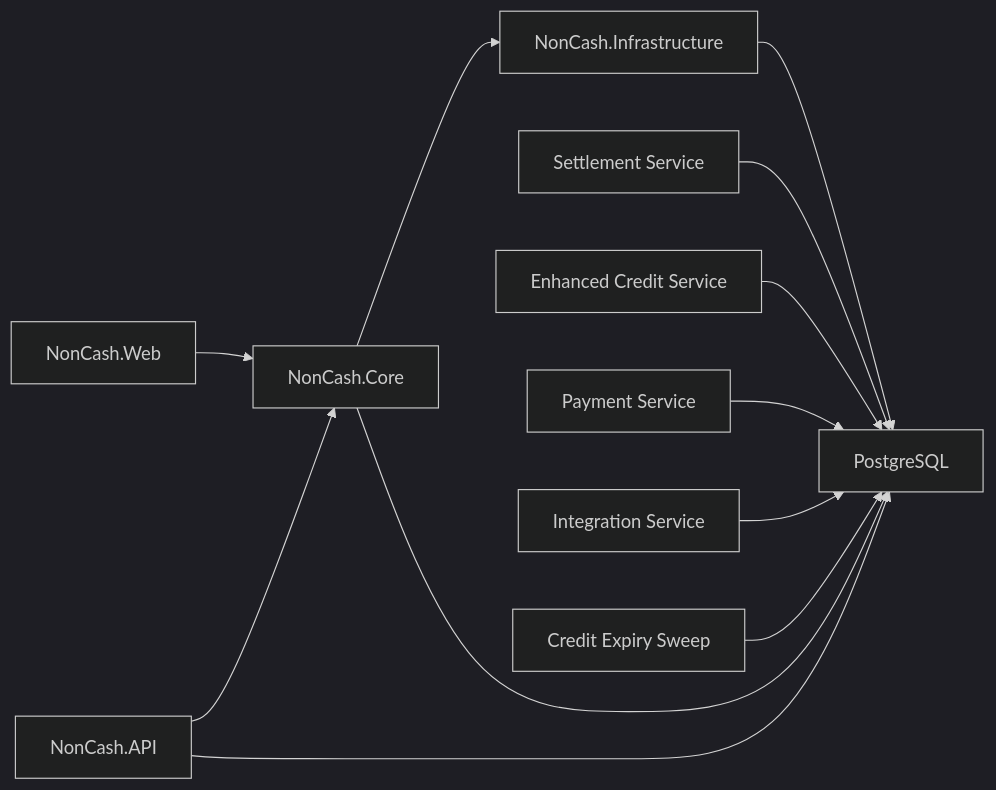
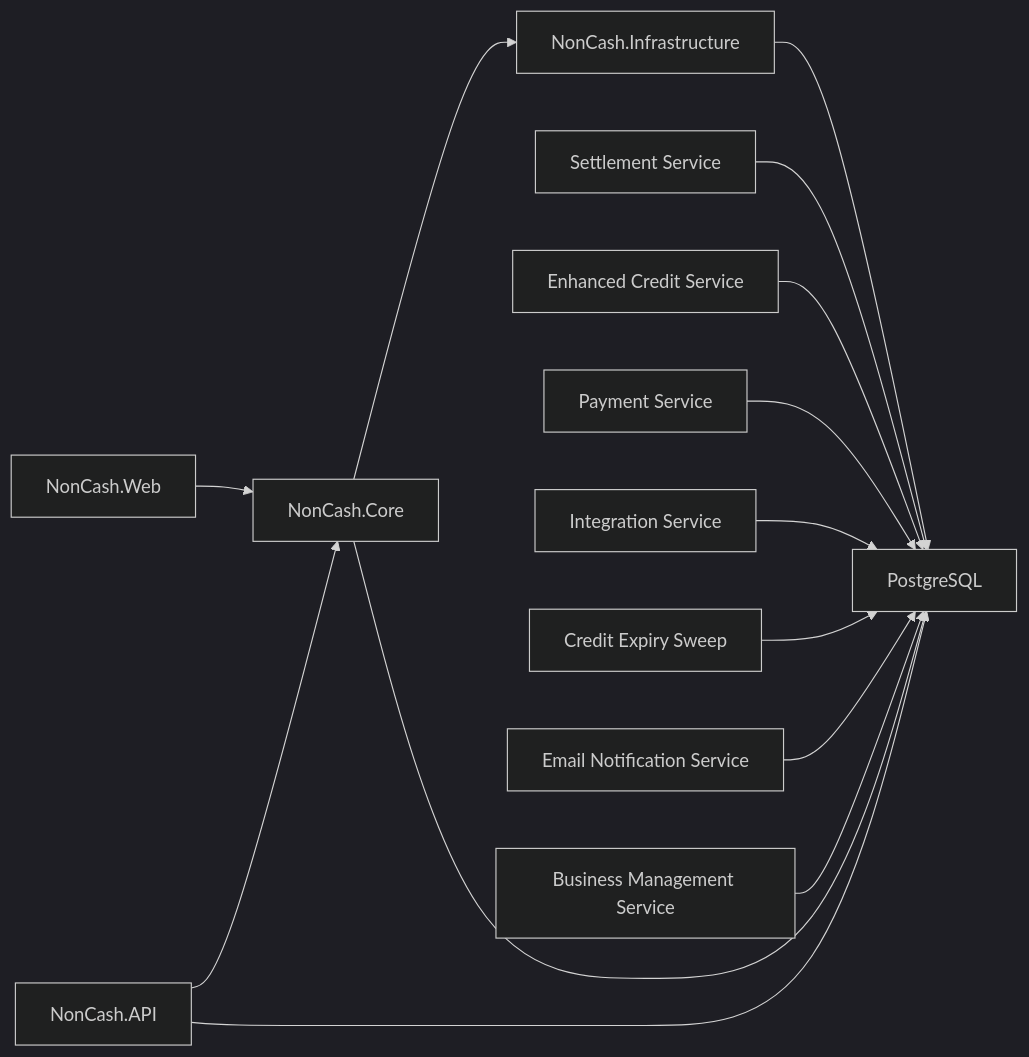
One commit to lamhongbac/NonCash changed diagram 23 of 23 in .qoder/repowiki/en/content/Business Logic and Workflows/Business Logic and Workflows.md. Above: the diagram before and after it, drawn with Mermaid (dark theme). The commit also changed other lines of this file and 36 other files, not shown here.

````diff
--- a/.qoder/repowiki/en/content/Business Logic and Workflows/Business Logic and Workflows.md
+++ b/.qoder/repowiki/en/content/Business Logic and Workflows/Business Logic and Workflows.md
@@ -887,14 +1014,16 @@
 ```mermaid
 graph LR
 Web["NonCash.Web"] --> Core["NonCash.Core"]
 API["NonCash.API"] --> Core
 Core --> Infra["NonCash.Infrastructure"]
 Infra --> DB["PostgreSQL"]
 API --> DB
 Core --> DB
 SETTLEMENT["Settlement Service"] --> DB
 CREDIT["Enhanced Credit Service"] --> DB
 PAYMENT["Payment Service"] --> DB
 INTEGRATION["Integration Service"] --> DB
 EXPIRY["Credit Expiry Sweep"] --> DB
+EMAIL["Email Notification Service"] --> DB
+BUSINESS["Business Management Service"] --> DB
 ```
````
